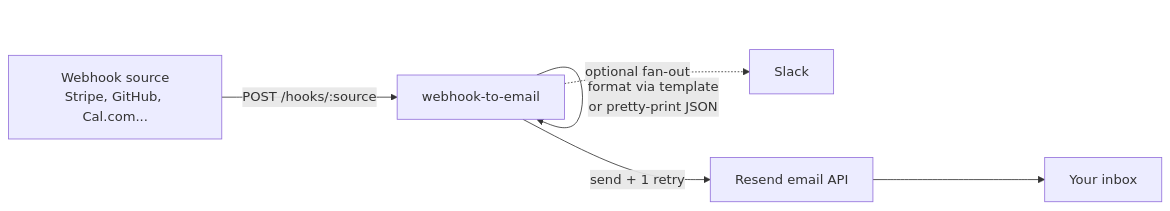
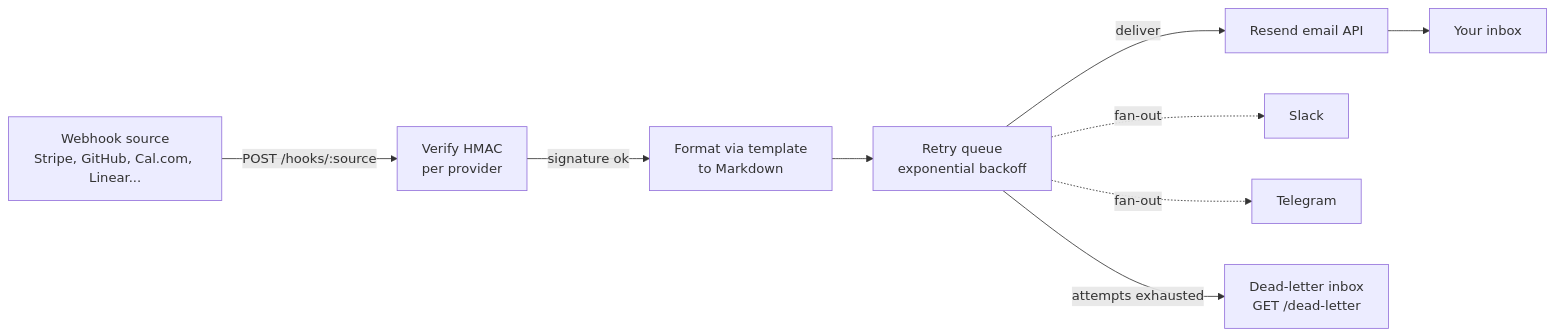
Before and after one commit to sarmakska/webhook-to-email: the diagram in README.md, drawn with Mermaid. The commit also changed other lines of this file and 4 other files, not shown here.

Commit message:
docs: rewrite README and SECURITY, add CHANGELOG, ARCHITECTURE and ROADMAP

````diff
--- a/README.md
+++ b/README.md
@@ -43,9 +44,11 @@
 ```mermaid
 flowchart LR
-    S[Webhook source<br/>Stripe, GitHub, Cal.com...] -->|POST /hooks/:source| A[webhook-to-email]
-    A -->|verify HMAC<br/>if WEBHOOK_SECRET set| A
-    A -->|format via template<br/>or pretty-print JSON| A
-    A -->|send + 1 retry| R[Resend email API]
-    A -.->|optional fan-out| K[Slack]
+    S[Webhook source<br/>Stripe, GitHub, Cal.com, Linear...] -->|POST /hooks/:source| V[Verify HMAC<br/>per provider]
+    V -->|signature ok| F[Format via template<br/>to Markdown]
+    F --> Q[Retry queue<br/>exponential backoff]
+    Q -->|deliver| R[Resend email API]
+    Q -.->|fan-out| SL[Slack]
+    Q -.->|fan-out| TG[Telegram]
+    Q -->|attempts exhausted| DL[Dead-letter inbox<br/>GET /dead-letter]
     R --> I[Your inbox]
 ```
````
